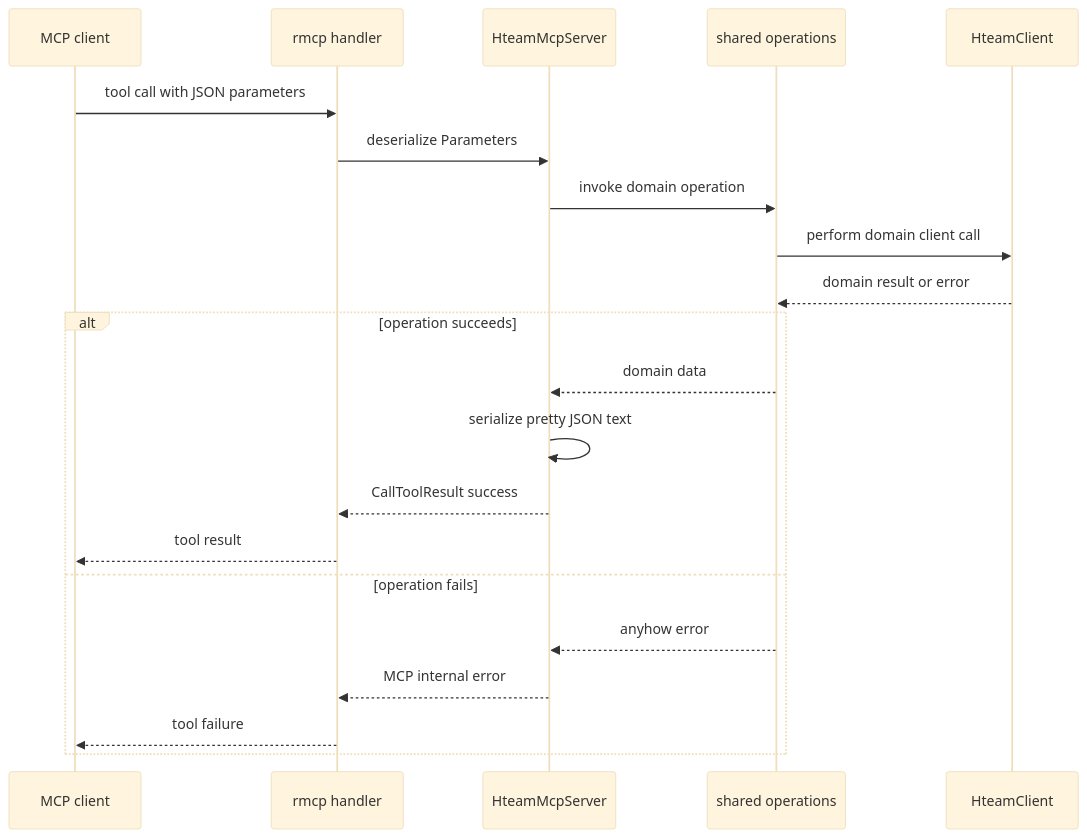
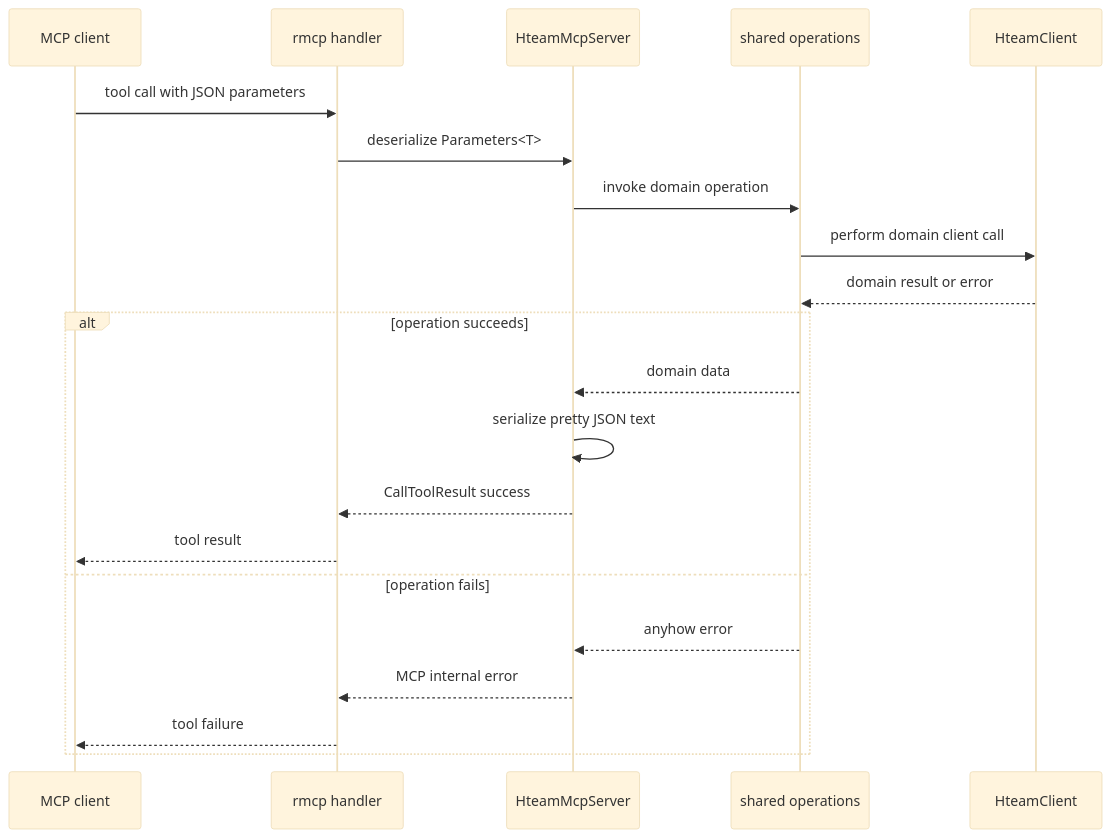
Before and after one commit to 4DRIAN0RTIZ/hteam-cli: the diagram in openwiki/integrations/mcp-server.md, drawn with Mermaid (base theme). The commit also changed other lines of this file and 26 other files, not shown here.

````diff
--- a/openwiki/integrations/mcp-server.md
+++ b/openwiki/integrations/mcp-server.md
@@ -45,23 +46,23 @@
 ```mermaid
 sequenceDiagram
     participant Client as MCP client
     participant Handler as rmcp handler
     participant Server as HteamMcpServer
     participant Ops as shared operations
     participant HClient as HteamClient
     Client->>Handler: tool call with JSON parameters
-    Handler->>Server: deserialize Parameters
+    Handler->>Server: deserialize Parameters<T>
     Server->>Ops: invoke domain operation
     Ops->>HClient: perform domain client call
     HClient-->>Ops: domain result or error
     alt operation succeeds
         Ops-->>Server: domain data
         Server->>Server: serialize pretty JSON text
         Server-->>Handler: CallToolResult success
         Handler-->>Client: tool result
     else operation fails
         Ops-->>Server: anyhow error
         Server-->>Handler: MCP internal error
         Handler-->>Client: tool failure
     end
 ```
````
